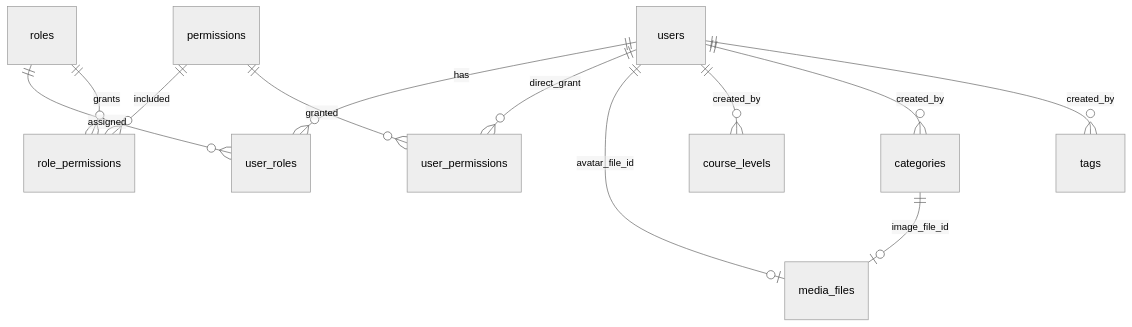
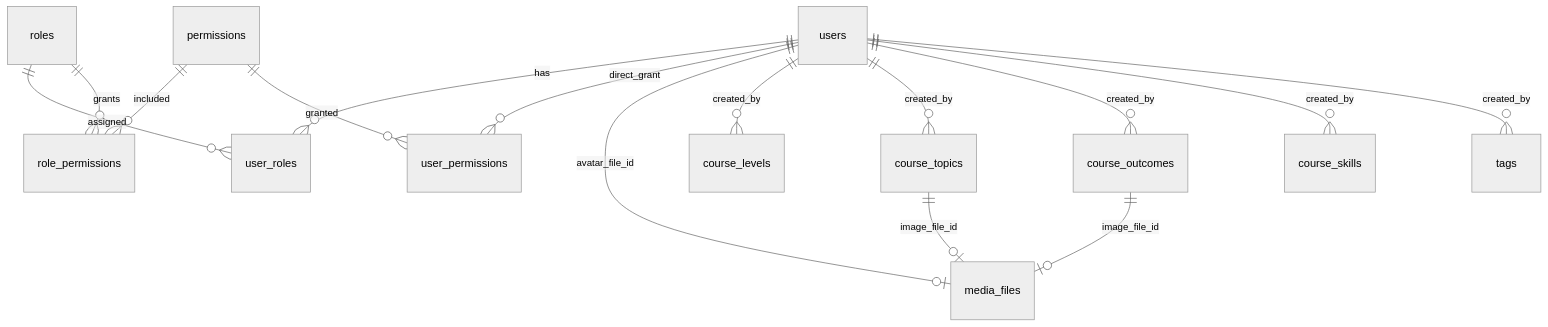
Before and after one commit to lkienkle11/be-mycourse: the diagram in docs/database.md, drawn with Mermaid (neutral theme). The commit also changed other lines of this file and 13 other files, not shown here.

````diff
--- a/docs/database.md
+++ b/docs/database.md
@@ -66,14 +70,17 @@
 ```mermaid
 erDiagram
     users ||--o{ user_roles : has
     roles ||--o{ user_roles : assigned
     roles ||--o{ role_permissions : grants
     permissions ||--o{ role_permissions : included
     users ||--o{ user_permissions : direct_grant
     permissions ||--o{ user_permissions : granted
     users ||--o| media_files : avatar_file_id
-    categories ||--o| media_files : image_file_id
+    course_topics ||--o| media_files : image_file_id
+    course_outcomes ||--o| media_files : image_file_id
     users ||--o{ course_levels : created_by
-    users ||--o{ categories : created_by
+    users ||--o{ course_topics : created_by
+    users ||--o{ course_outcomes : created_by
+    users ||--o{ course_skills : created_by
     users ||--o{ tags : created_by
 ```
````
